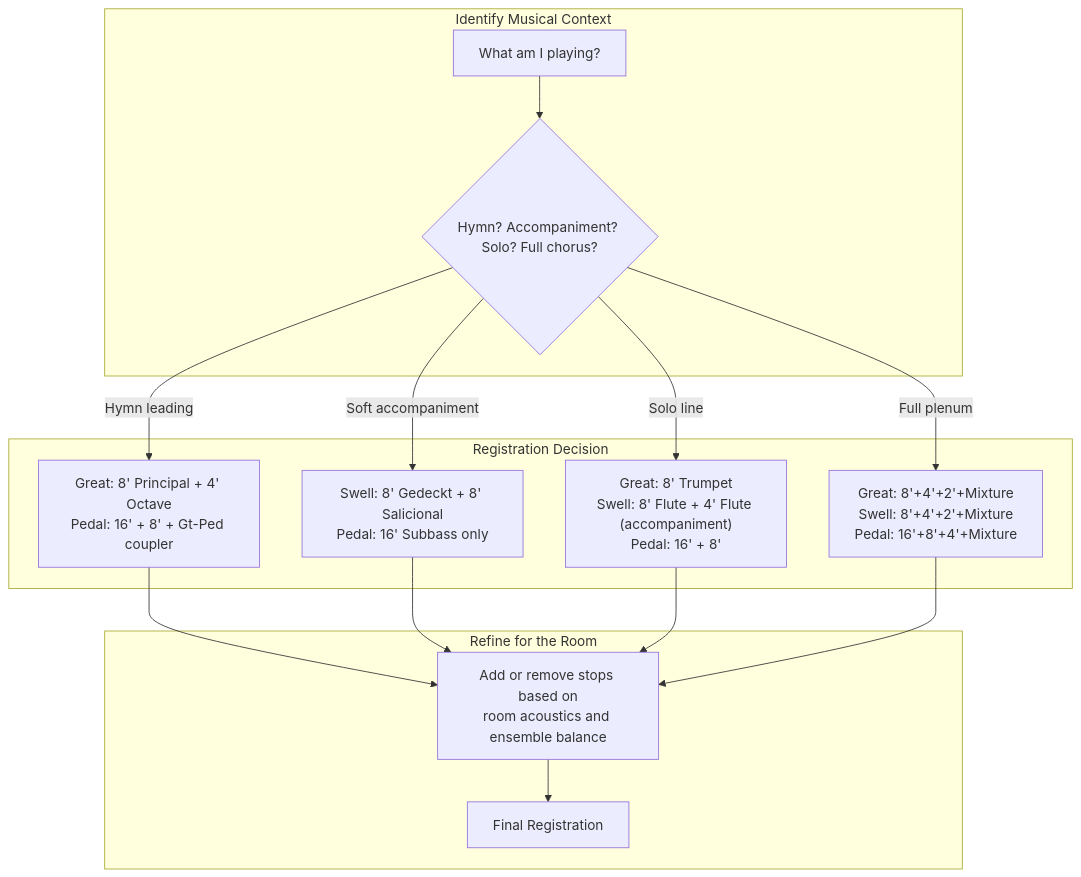
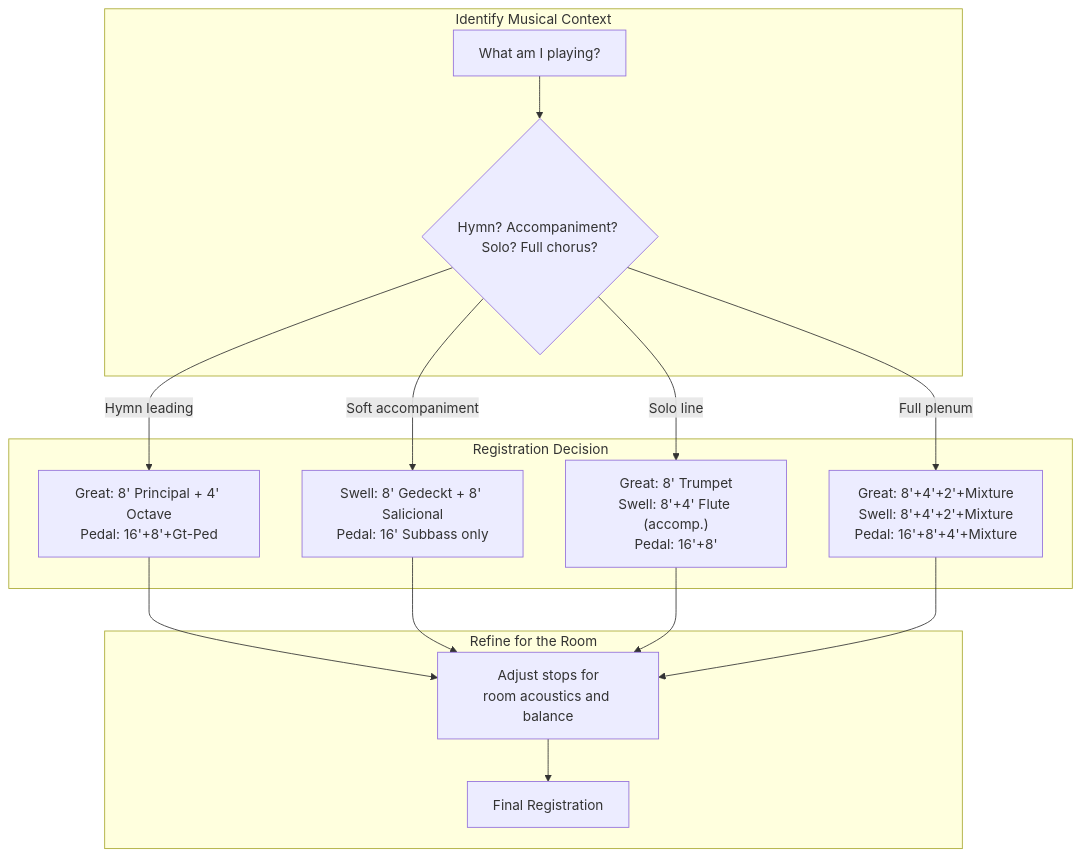
The first of 2 diagrams in topics/arts/music_performance/organ/labs.md (blebleblee/synapse), drawn with Mermaid before and after one commit. The commit also changed other lines of this file and 4 other files, not shown here.

````diff
--- a/topics/arts/music_performance/organ/labs.md
+++ b/topics/arts/music_performance/organ/labs.md
@@ -412,21 +392,21 @@
 ```mermaid
 flowchart TD
     subgraph sub_style_identification ["Identify Musical Context"]
         A["What am I playing?"] --> B{"Hymn? Accompaniment? Solo? Full chorus?"}
     end
-    
+
     subgraph sub_registration_logic ["Registration Decision"]
-        B -->|"Hymn leading"| C["Great: 8' Principal + 4' Octave<br/>Pedal: 16' + 8' + Gt-Ped coupler"]
+        B -->|"Hymn leading"| C["Great: 8' Principal + 4' Octave<br/>Pedal: 16'+8'+Gt-Ped"]
         B -->|"Soft accompaniment"| D["Swell: 8' Gedeckt + 8' Salicional<br/>Pedal: 16' Subbass only"]
-        B -->|"Solo line"| E["Great: 8' Trumpet<br/>Swell: 8' Flute + 4' Flute (accompaniment)<br/>Pedal: 16' + 8'"]
+        B -->|"Solo line"| E["Great: 8' Trumpet<br/>Swell: 8'+4' Flute (accomp.)<br/>Pedal: 16'+8'"]
         B -->|"Full plenum"| F["Great: 8'+4'+2'+Mixture<br/>Swell: 8'+4'+2'+Mixture<br/>Pedal: 16'+8'+4'+Mixture"]
     end
-    
+
     subgraph sub_refinement ["Refine for the Room"]
-        C --> G["Add or remove stops based on<br/>room acoustics and ensemble balance"]
+        C --> G["Adjust stops for<br/>room acoustics and balance"]
         D --> G
         E --> G
         F --> G
         G --> H["Final Registration"]
     end
 ```
````
